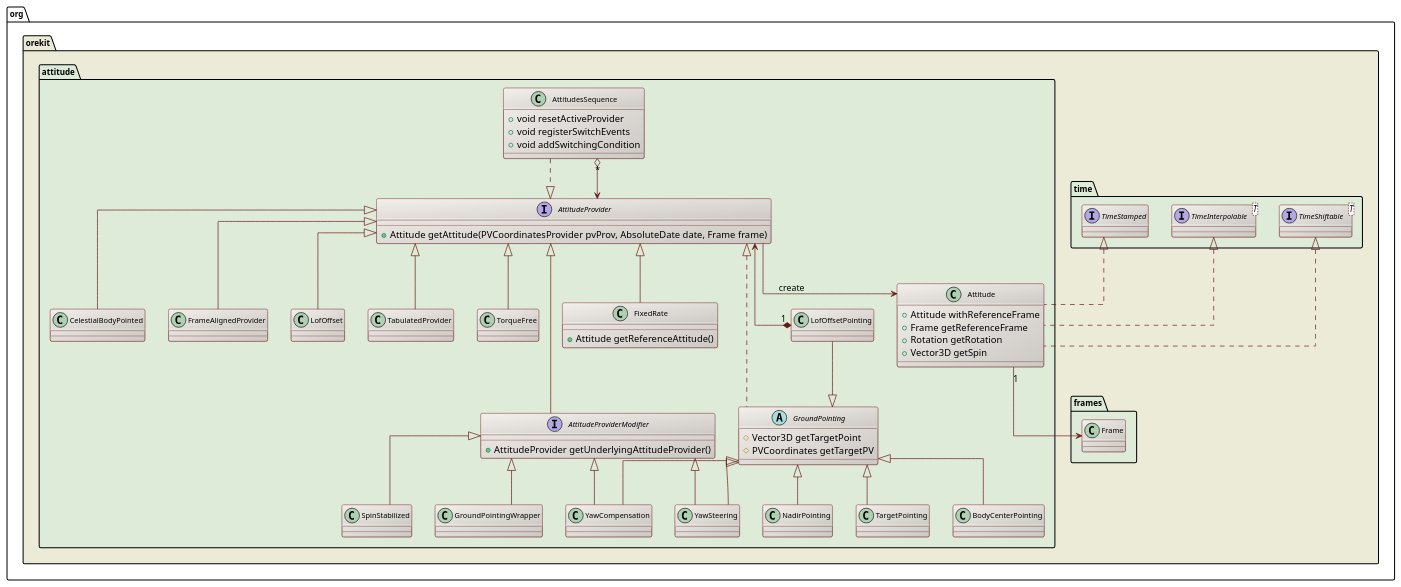
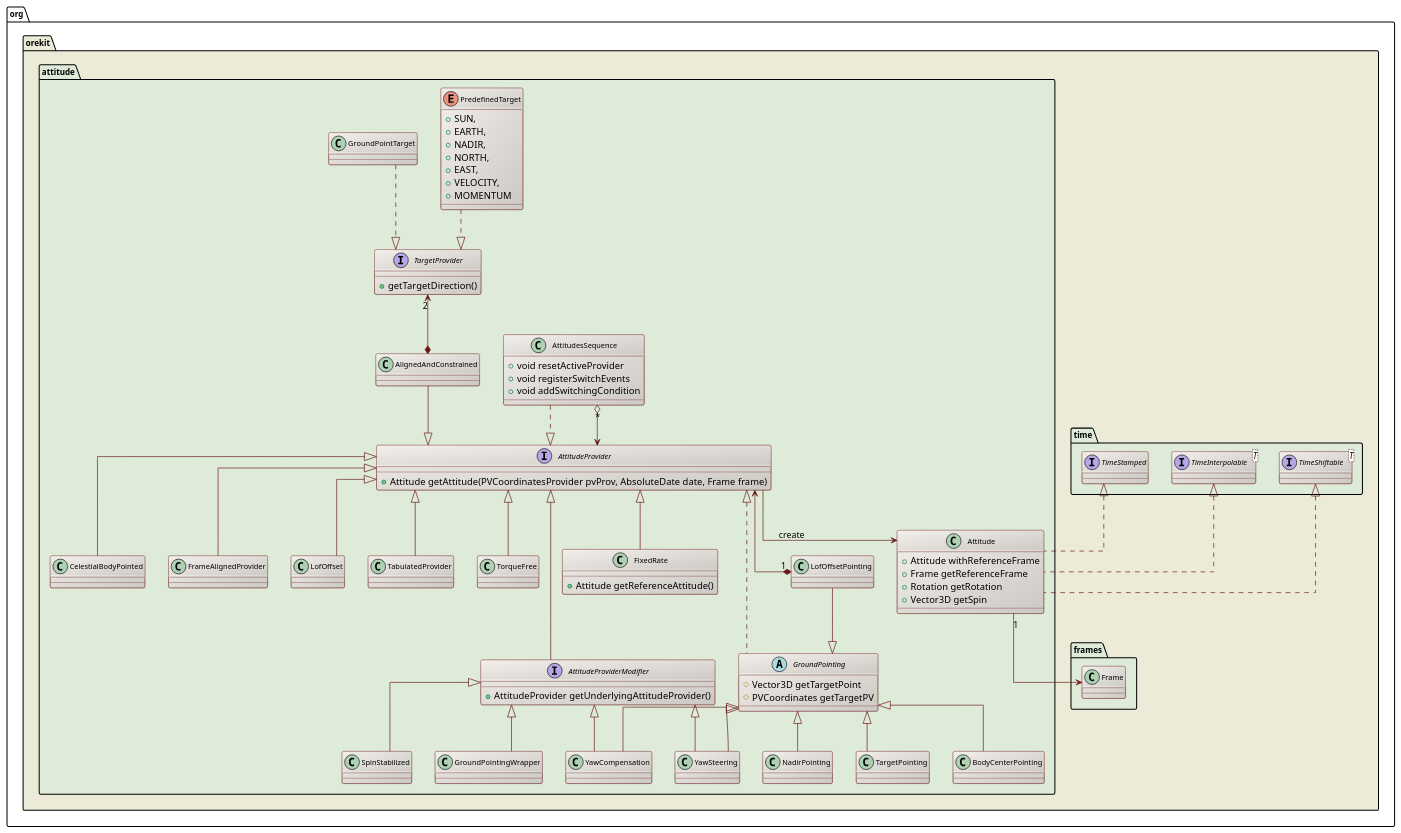
The diagram in src/design/attitude-class-diagram.puml (CS-SI/Orekit), drawn with PlantUML before and after one commit. The commit also changed 8 other files, not shown here.

First line of the commit message:
Added AlignedAndConstrained attitude provider.

```diff
--- a/src/design/attitude-class-diagram.puml
+++ b/src/design/attitude-class-diagram.puml
@@ -17,90 +17,110 @@
 @startuml
 
   skinparam svek                  true
   skinparam ClassBackgroundColor  #F3EFEB/CCC9C5
   skinparam ClassArrowColor       #691616
   skinparam ClassBorderColor      #691616
   skinparam NoteBackgroundColor   #F3EFEB
   skinparam NoteBorderColor       #691616
   skinparam NoteFontColor         #691616
   skinparam ClassFontSize         11
   skinparam PackageFontSize       12
   skinparam linetype              ortho
 
   package org.orekit #ECEBD8 {
 
     package frames #DDEBD8 {
       class Frame
     }
 
     package time #DDEBD8 {
       interface TimeStamped
       interface "TimeShiftable<T>" as TimeShiftable_T_
       interface "TimeInterpolable<T>" as TimeInterpolable_T_
     }
 
     package attitude #DDEBD8 {
 
       class Attitude {
         +Attitude withReferenceFrame
         +Frame getReferenceFrame
         +Rotation getRotation
         +Vector3D getSpin
       }
 
       class AttitudesSequence {
         +void resetActiveProvider
         +void registerSwitchEvents
         +void addSwitchingCondition
       }
 
       interface AttitudeProvider {
         + Attitude getAttitude(PVCoordinatesProvider pvProv, AbsoluteDate date, Frame frame)
       }
 
       class FixedRate {
         +Attitude getReferenceAttitude()
       }
 
       interface AttitudeProviderModifier {
         +AttitudeProvider getUnderlyingAttitudeProvider()
       }
 
       abstract class GroundPointing {
         #Vector3D getTargetPoint
         #PVCoordinates getTargetPV
       }
 
-      Frame            <-up- "1" Attitude 
+      interface TargetProvider {
+        +getTargetDirection()
+      }
+
+      enum PredefinedTarget {
+        +SUN,
+        +EARTH,
+        +NADIR,
+        +NORTH,
+        +EAST,
+        +VELOCITY,
+        +MOMENTUM
+      }
+
+      class GroundPointTarget
+
+      Frame            <-up- "1" Attitude
       Attitude         <-up- AttitudeProvider : create
       TimeStamped      <|.. Attitude
       TimeShiftable_T_ <|.. Attitude
       TimeInterpolable_T_ <|.. Attitude
       AttitudeProvider             <|-- FixedRate
       AttitudeProvider <|-- AttitudeProviderModifier
       AttitudesSequence ..|> AttitudeProvider
       AttitudesSequence "*" o--> AttitudeProvider
       AttitudeProvider <--* "1" LofOffsetPointing 
       AttitudeProvider <|.. GroundPointing
       LofOffsetPointing            --|> GroundPointing
+      PredefinedTarget ..|> TargetProvider
+      GroundPointTarget ..|> TargetProvider
 
       AttitudeProviderModifier     <|-- SpinStabilized
       AttitudeProviderModifier     <|-- GroundPointingWrapper
       GroundPointing               <|-- BodyCenterPointing
       GroundPointing               <|-- NadirPointing
       GroundPointing               <|-- TargetPointing
       GroundPointing               <|-- YawCompensation
       AttitudeProviderModifier     <|-- YawCompensation
       GroundPointing               <|-- YawSteering
       AttitudeProviderModifier     <|-- YawSteering
       AttitudeProvider             <|-- CelestialBodyPointed
       AttitudeProvider             <|-- FrameAlignedProvider
       AttitudeProvider             <|-- LofOffset
       AttitudeProvider             <|-- TabulatedProvider
       AttitudeProvider             <|-- TorqueFree
+      AlignedAndConstrained          --|> AttitudeProvider
+      TargetProvider             "2" <--* AlignedAndConstrained
 
     }
 
   }
 
 @enduml
```
